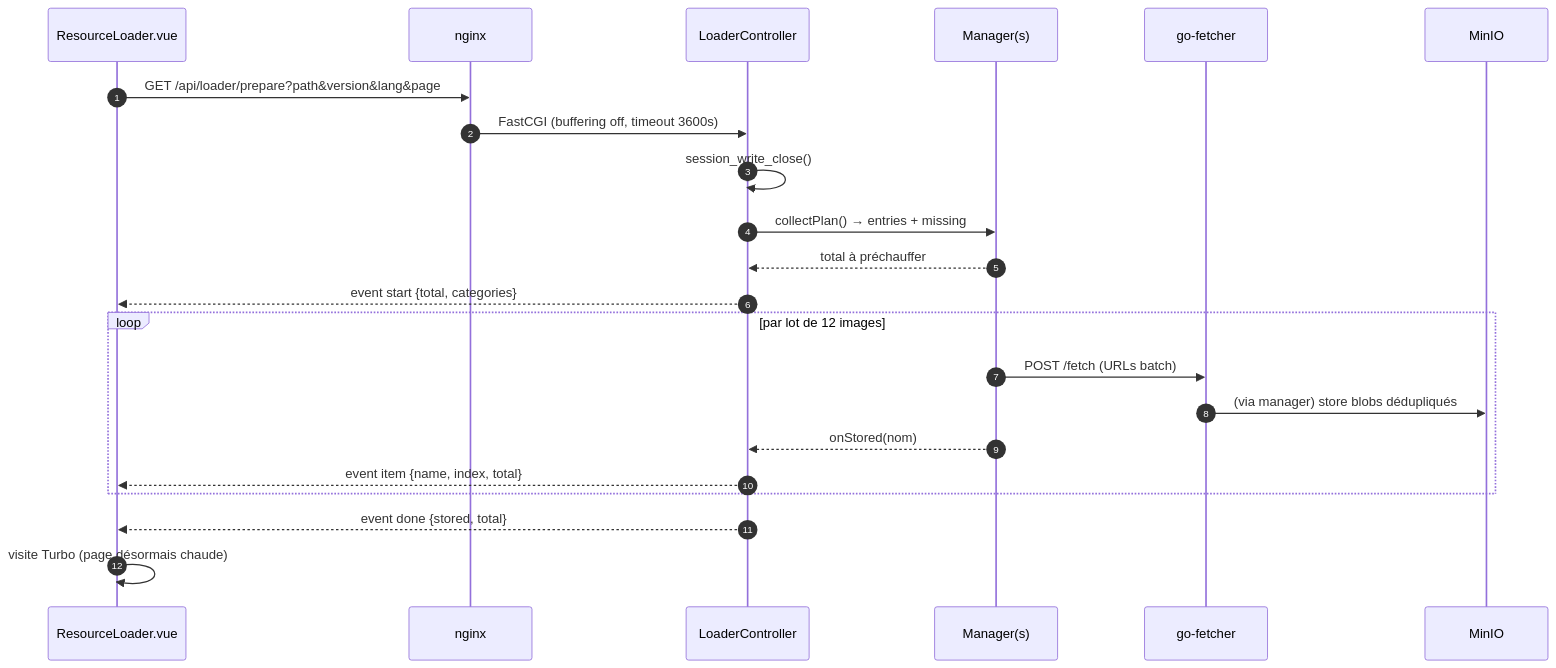
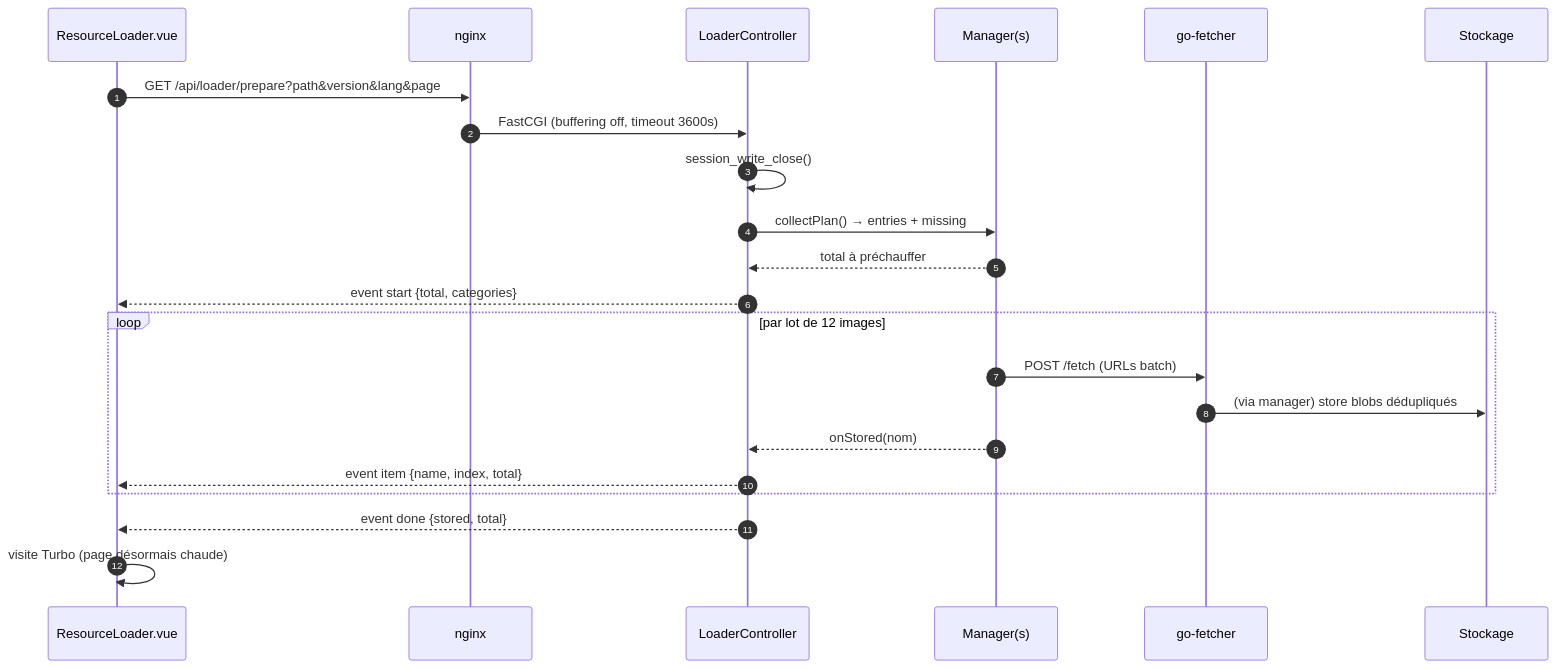
One commit to LINDECKER-Charles/LeagueOfDataBaseFinal changed the sixth of 7 diagrams in README.md. Above: the diagram before and after it, drawn with Mermaid. The commit also changed other lines of this file and 109 other files, not shown here.

````diff
--- a/README.md
+++ b/README.md
@@ -405,25 +405,25 @@
 ```mermaid
 sequenceDiagram
     autonumber
     participant V as ResourceLoader.vue
     participant N as nginx
     participant L as LoaderController
     participant M as Manager(s)
     participant G as go-fetcher
-    participant S as MinIO
+    participant S as Stockage
 
     V->>N: GET /api/loader/prepare?path&version&lang&page
     N->>L: FastCGI (buffering off, timeout 3600s)
     L->>L: session_write_close()
     L->>M: collectPlan() → entries + missing
     M-->>L: total à préchauffer
     L-->>V: event start {total, categories}
     loop par lot de 12 images
         M->>G: POST /fetch (URLs batch)
         G->>S: (via manager) store blobs dédupliqués
         M-->>L: onStored(nom)
         L-->>V: event item {name, index, total}
     end
     L-->>V: event done {stored, total}
     V->>V: visite Turbo (page désormais chaude)
 ```
````
